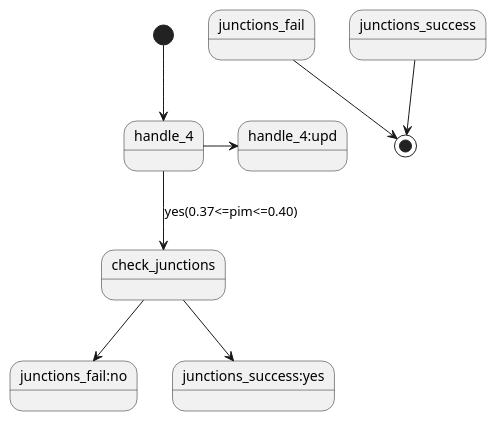
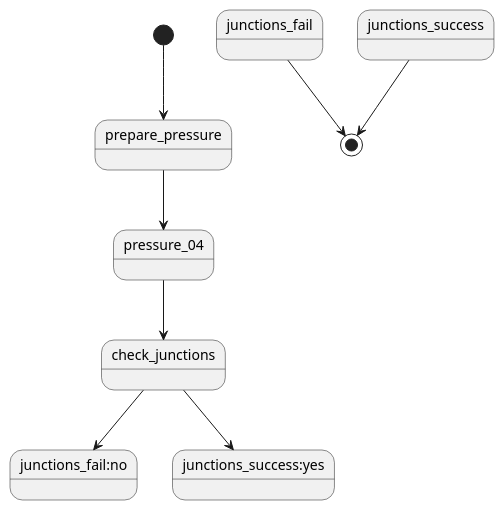
Before and after one commit to Alser69rus/A3135: the diagram in uml/ku 215/junctions.puml, drawn with PlantUML. The commit also changed 9 other files, not shown here.

Commit message:
uml для КУ

```diff
--- a/uml/ku 215/junctions.puml
+++ b/uml/ku 215/junctions.puml
@@ -1,9 +1,9 @@
 @startuml
-[*]-->handle_4
-handle_4->handle_4:upd
-handle_4-->check_junctions:yes(0.37<=pim<=0.40)
+[*]-->prepare_pressure
+prepare_pressure-->pressure_04
+pressure_04-->check_junctions
 check_junctions-->junctions_fail:no
 check_junctions-->junctions_success:yes
 junctions_fail-->[*]
 junctions_success-->[*]
 @enduml
```
